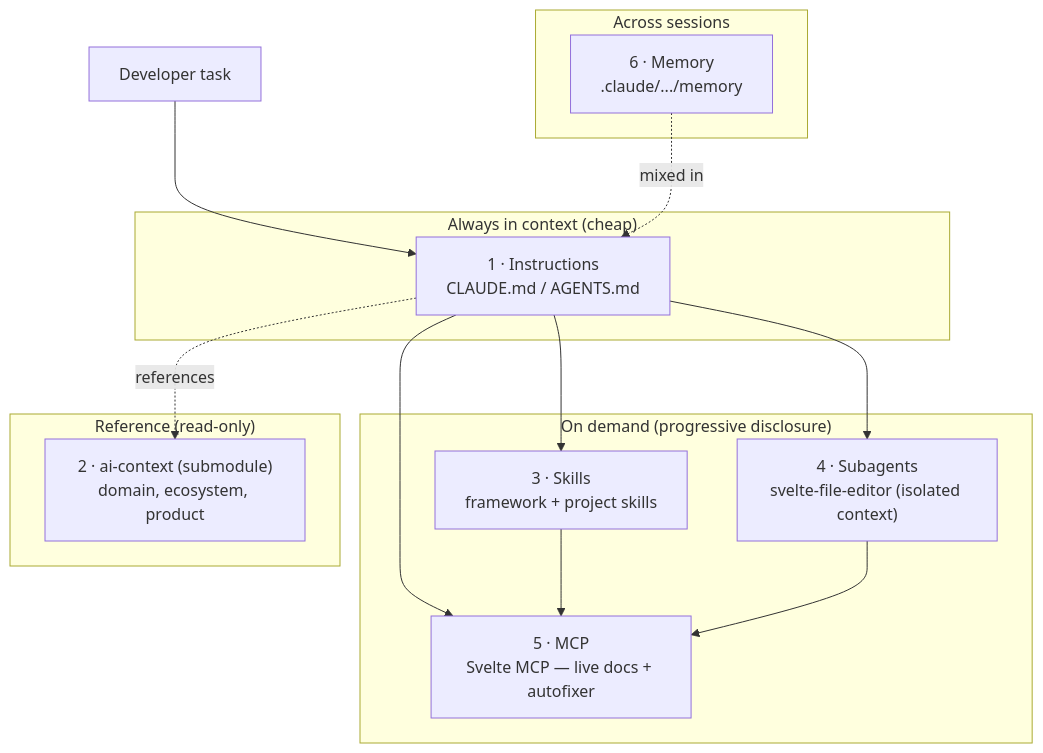
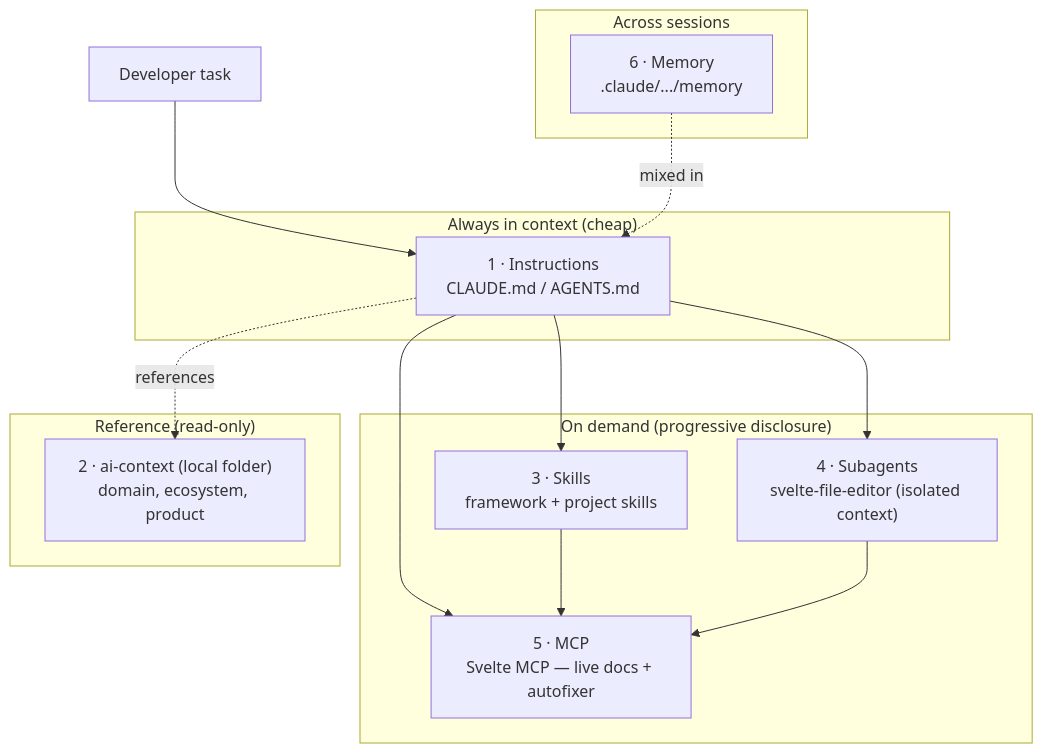
The diagram in docs/ai-development/architecture.md (cadbos/CadbosUI), drawn with Mermaid before and after one commit. The commit also changed 2 other files, not shown here.

Commit message:
docs: describe ai-context as local folder, not submodule
ai-context was removed as a git submodule (private SSH submodule broke
Cloudflare builds) and is now a plain, git-ignored local folder
distributed out-of-band. Update AGENTS.md, the architecture map, and the
foundation-report's obsolete `git clone --recursive` instruction.

````diff
--- a/docs/ai-development/architecture.md
+++ b/docs/ai-development/architecture.md
@@ -34,28 +34,28 @@
 ```mermaid
 flowchart TD
     Task[Developer task] --> L1
 
     subgraph AlwaysOn["Always in context (cheap)"]
       L1["1 · Instructions\nCLAUDE.md / AGENTS.md"]
     end
 
     subgraph OnDemand["On demand (progressive disclosure)"]
       L3["3 · Skills\nframework + project skills"]
       L4["4 · Subagents\nsvelte-file-editor (isolated context)"]
       L5["5 · MCP\nSvelte MCP — live docs + autofixer"]
     end
 
     subgraph Reference["Reference (read-only)"]
-      L2["2 · ai-context (submodule)\ndomain, ecosystem, product"]
+      L2["2 · ai-context (local folder)\ndomain, ecosystem, product"]
     end
 
     subgraph Persistent["Across sessions"]
       L6["6 · Memory\n.claude/.../memory"]
     end
 
     L1 --> L3 & L4 & L5
     L1 -.references.-> L2
     L3 --> L5
     L4 --> L5
     L6 -.mixed in.-> L1
 ```
````
